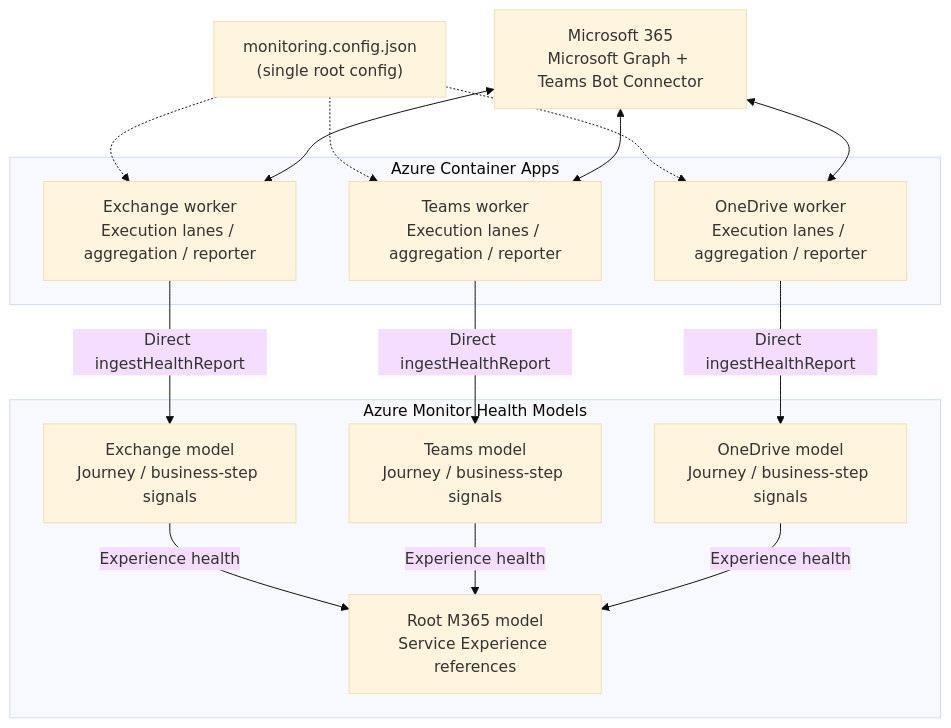
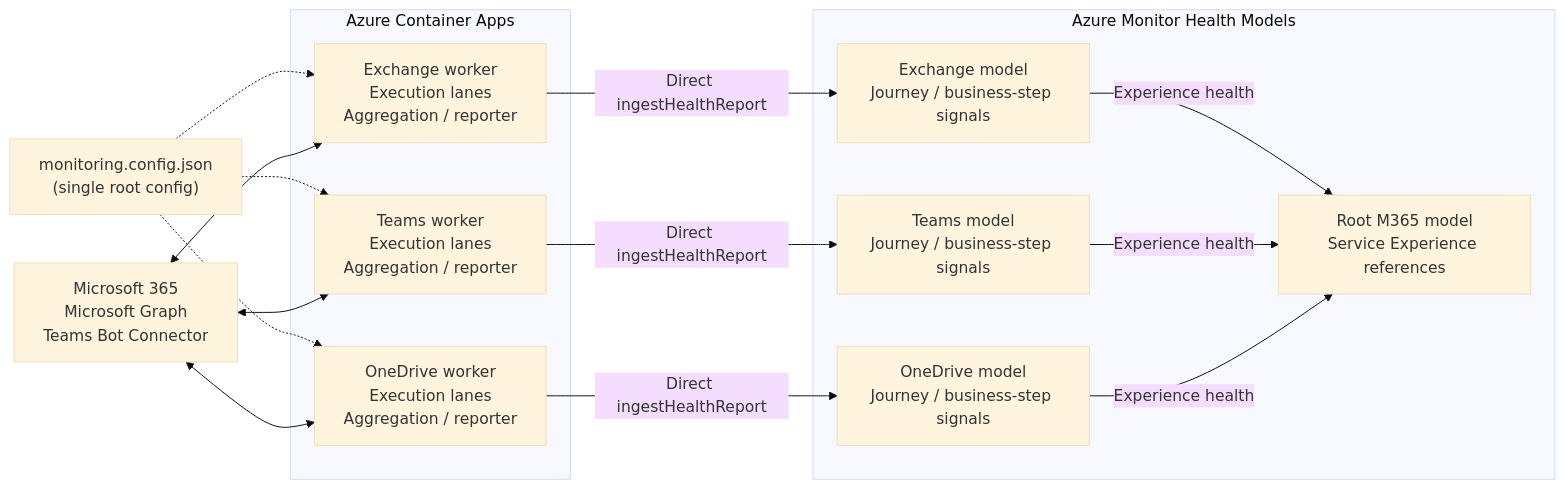
One commit to mariehalloran/ahm-m365-example changed the diagram in README.md. Above: the diagram before and after it, drawn with Mermaid (base theme). The commit also changed other lines of this file and 43 other files, not shown here.

````diff
--- a/README.md
+++ b/README.md
@@ -128,33 +66,33 @@
 ```mermaid
-flowchart TB
+flowchart LR
     config["monitoring.config.json<br/>(single root config)"]
-    m365["Microsoft 365<br/>Microsoft Graph + Teams Bot Connector"]
+    m365["Microsoft 365<br/>Microsoft Graph<br/>Teams Bot Connector"]
 
     subgraph workers["Azure Container Apps"]
-        exchange["Exchange worker<br/>Execution lanes / aggregation / reporter"]
-        teams["Teams worker<br/>Execution lanes / aggregation / reporter"]
-        onedrive["OneDrive worker<br/>Execution lanes / aggregation / reporter"]
+        exchange["Exchange worker<br/>Execution lanes<br/>Aggregation / reporter"]
+        teams["Teams worker<br/>Execution lanes<br/>Aggregation / reporter"]
+        onedrive["OneDrive worker<br/>Execution lanes<br/>Aggregation / reporter"]
     end
 
     config -.-> exchange
     config -.-> teams
     config -.-> onedrive
     m365 <--> exchange
     m365 <--> teams
     m365 <--> onedrive
 
     subgraph models["Azure Monitor Health Models"]
         exchangeModel["Exchange model<br/>Journey / business-step signals"]
         teamsModel["Teams model<br/>Journey / business-step signals"]
         onedriveModel["OneDrive model<br/>Journey / business-step signals"]
         root["Root M365 model<br/>Service Experience references"]
 
         exchangeModel -->|"Experience health"| root
         teamsModel -->|"Experience health"| root
         onedriveModel -->|"Experience health"| root
     end
 
     exchange -->|"Direct ingestHealthReport"| exchangeModel
     teams -->|"Direct ingestHealthReport"| teamsModel
     onedrive -->|"Direct ingestHealthReport"| onedriveModel
 ```
````
